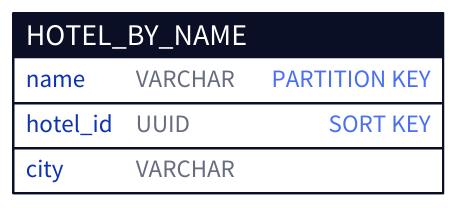
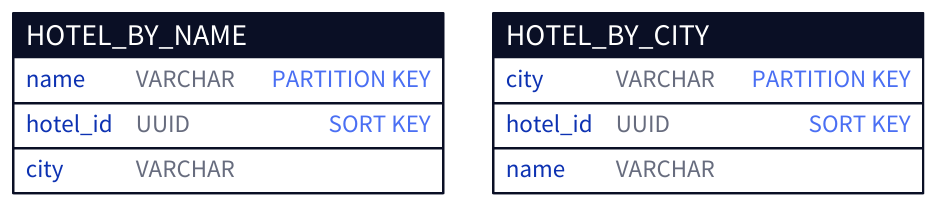
Before and after one commit to link1905/system-design-101: the fourth of 16 diagrams in content/practices/booking-system/_index.md, drawn with D2. The commit also changed other lines of this file and 7 other files, not shown here.

Commit message:
fix diagrams of the booking system

````diff
--- a/content/practices/booking-system/_index.md
+++ b/content/practices/booking-system/_index.md
@@ -147,8 +147,15 @@
 ```d2
+grid-rows: 1
 n: HOTEL_BY_NAME {
   shape: sql_table
   name: VARCHAR {constraint: PARTITION KEY}
   hotel_id: UUID {constraint: SORT KEY}
   city: VARCHAR
 }
+c: HOTEL_BY_CITY {
+  shape: sql_table
+  city: VARCHAR {constraint: PARTITION KEY}
+  hotel_id: UUID {constraint: SORT KEY}
+  name: VARCHAR
+}
 ```
````
